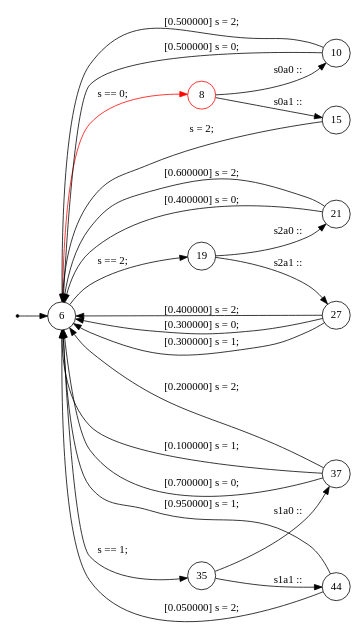
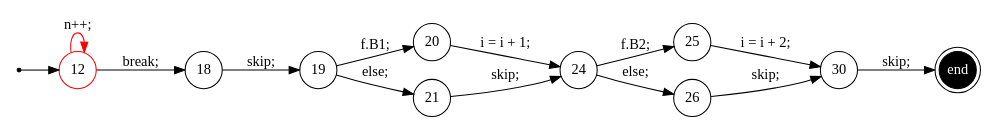
One commit to samilazregsuidi/Daedalux changed the diagram in trace/1.dot. Above: the diagram before and after it, drawn with Graphviz. The commit also changed 118 other files, not shown here.

```diff
--- a/trace/1.dot
+++ b/trace/1.dot
@@ -1,39 +1,29 @@
 digraph finite_state_machine {
 	rankdir=LR
 	size="8,5"
-	93824993319552 [label = 6, shape = doublecircle, fixedsize = true]; 
-	s93824993319552 [shape = point];
-	 93824993319552 [label = 6, shape = circle, fixedsize = true ];
-	 93824993310416 [label = 8, shape = circle, color = red, fixedsize = true ];
-	 93824993310976 [label = 10, shape = circle, fixedsize = true ];
-	 93824993312496 [label = 15, shape = circle, fixedsize = true ];
-	 93824993312944 [label = 19, shape = circle, fixedsize = true ];
-	 93824993313712 [label = 21, shape = circle, fixedsize = true ];
-	 93824993315232 [label = 27, shape = circle, fixedsize = true ];
-	 93824993316688 [label = 35, shape = circle, fixedsize = true ];
-	 93824993317632 [label = 37, shape = circle, fixedsize = true ];
-	 93824993325184 [label = 44, shape = circle, fixedsize = true ];
-	s93824993319552 -> 93824993319552;
-	93824993319552 -> 93824993310416 [color = red, label = "s == 0; "];
-	93824993310416 -> 93824993310976 [ label = "s0a0 :: "];
-	93824993310976 -> 93824993319552 [ label = " [0.500000] s = 0; "];
-	93824993310976 -> 93824993319552 [ label = " [0.500000] s = 2; "];
-	93824993310416 -> 93824993312496 [ label = "s0a1 :: "];
-	93824993312496 -> 93824993319552 [ label = "s = 2; "];
-	93824993319552 -> 93824993312944 [ label = "s == 2; "];
-	93824993312944 -> 93824993313712 [ label = "s2a0 :: "];
-	93824993313712 -> 93824993319552 [ label = " [0.400000] s = 0; "];
-	93824993313712 -> 93824993319552 [ label = " [0.600000] s = 2; "];
-	93824993312944 -> 93824993315232 [ label = "s2a1 :: "];
-	93824993315232 -> 93824993319552 [ label = " [0.400000] s = 2; "];
-	93824993315232 -> 93824993319552 [ label = " [0.300000] s = 0; "];
-	93824993315232 -> 93824993319552 [ label = " [0.300000] s = 1; "];
-	93824993319552 -> 93824993316688 [ label = "s == 1; "];
-	93824993316688 -> 93824993317632 [ label = "s1a0 :: "];
-	93824993317632 -> 93824993319552 [ label = " [0.100000] s = 1; "];
-	93824993317632 -> 93824993319552 [ label = " [0.700000] s = 0; "];
-	93824993317632 -> 93824993319552 [ label = " [0.200000] s = 2; "];
-	93824993316688 -> 93824993325184 [ label = "s1a1 :: "];
-	93824993325184 -> 93824993319552 [ label = " [0.950000] s = 1; "];
-	93824993325184 -> 93824993319552 [ label = " [0.050000] s = 2; "];
+	93824994178208 [label = 12, shape = doublecircle, color = red, fixedsize = true]; 
+	s93824994178208 [shape = point];
+	e93824994173872 [shape = doublecircle, fixedsize = true, style = filled, fillcolor = black, fontcolor = white,  label = end];
+	 93824994178208 [label = 12, shape = circle, color = red, fixedsize = true ];
+	 93824994170560 [label = 18, shape = circle, fixedsize = true ];
+	 93824994170896 [label = 19, shape = circle, fixedsize = true ];
+	 93824994171728 [label = 20, shape = circle, fixedsize = true ];
+	 93824994172480 [label = 21, shape = circle, fixedsize = true ];
+	 93824994172256 [label = 24, shape = circle, fixedsize = true ];
+	 93824994173344 [label = 25, shape = circle, fixedsize = true ];
+	 93824994174096 [label = 26, shape = circle, fixedsize = true ];
+	 93824994173872 [label = 30, shape = circle, fixedsize = true ];
+	s93824994178208 -> 93824994178208;
+	93824994178208 -> 93824994170560 [ label = "break; "];
+	93824994178208 -> 93824994178208 [color = red, label = "n++; "];
+	93824994170560 -> 93824994170896 [ label = "skip; "];
+	93824994170896 -> 93824994171728 [ label = "f.B1; "];
+	93824994171728 -> 93824994172256 [ label = "i = i + 1; "];
+	93824994170896 -> 93824994172480 [ label = "else; "];
+	93824994172480 -> 93824994172256 [ label = "skip; "];
+	93824994172256 -> 93824994173344 [ label = "f.B2; "];
+	93824994173344 -> 93824994173872 [ label = "i = i + 2; "];
+	93824994172256 -> 93824994174096 [ label = "else; "];
+	93824994174096 -> 93824994173872 [ label = "skip; "];
+	93824994173872 -> e93824994173872 [ label = "skip; "];
 }
```
